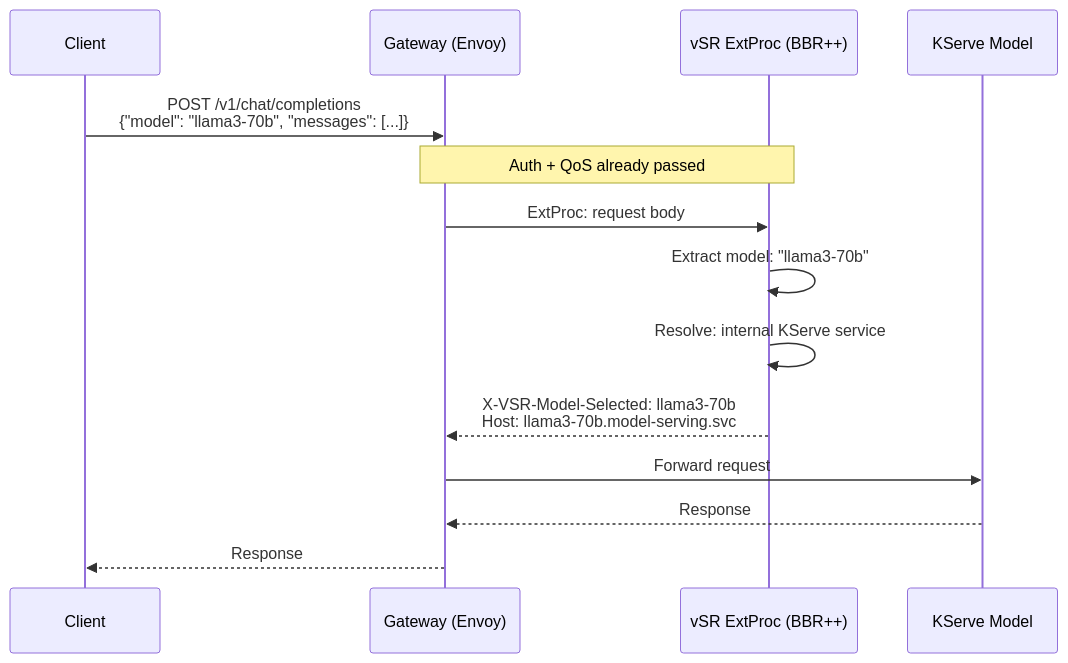
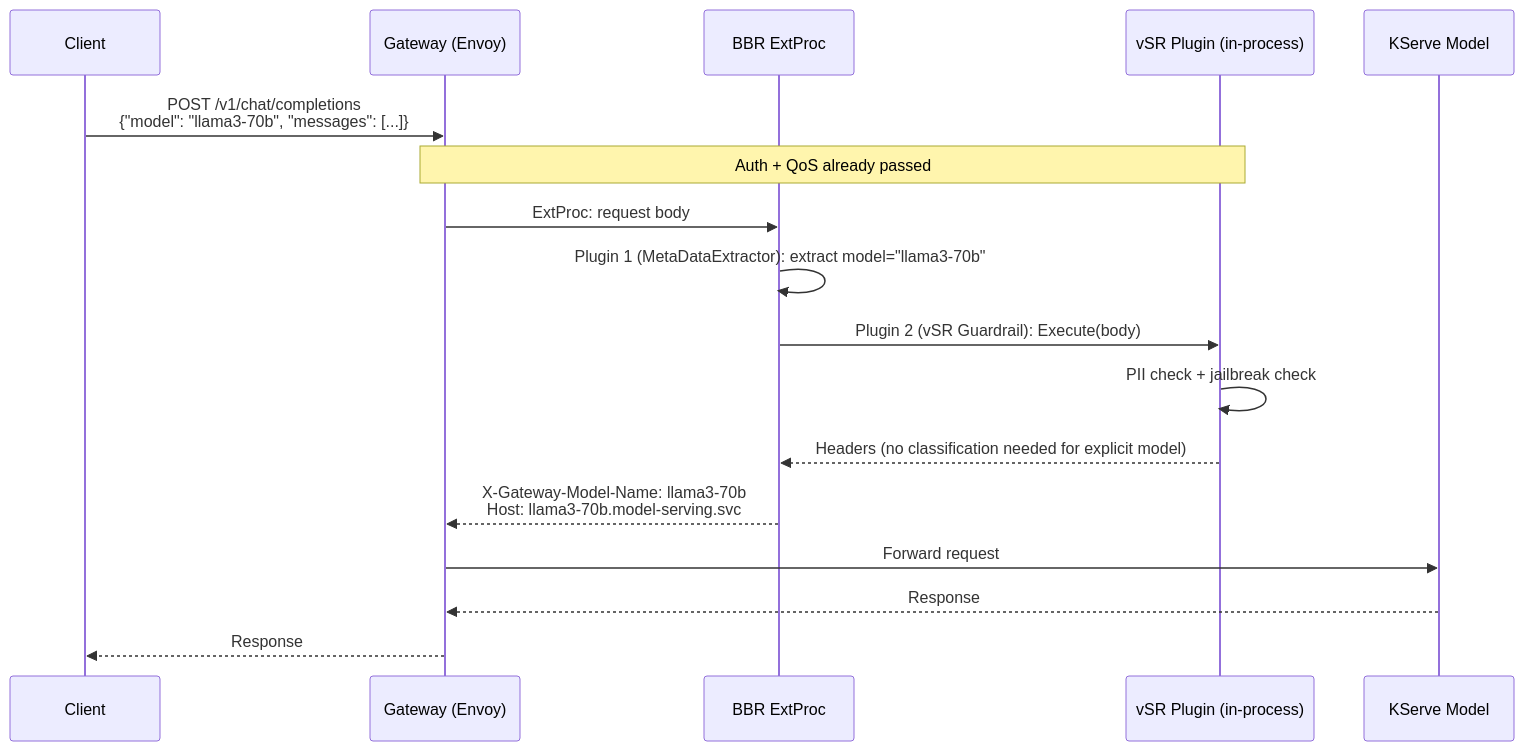
Before and after one commit to noyitz/maas-designs: the second of 2 diagrams in vsr-maas-integration/phase-1-design-v1.2.md, drawn with Mermaid. The commit also changed other lines of this file, not shown here.

````diff
--- a/vsr-maas-integration/phase-1-design-v1.2.md
+++ b/vsr-maas-integration/phase-1-design-v1.2.md
@@ -194,19 +219,22 @@
 ```mermaid
 sequenceDiagram
     participant Client
     participant Gateway as Gateway (Envoy)
-    participant vSR as vSR ExtProc (BBR++)
+    participant BBR as BBR ExtProc
+    participant vSRPlugin as vSR Plugin (in-process)
     participant KServe as KServe Model
 
     Client->>Gateway: POST /v1/chat/completions<br/>{"model": "llama3-70b", "messages": [...]}
 
-    Note over Gateway,vSR: Auth + QoS already passed
-    Gateway->>vSR: ExtProc: request body
-    vSR->>vSR: Extract model: "llama3-70b"
-    vSR->>vSR: Resolve: internal KServe service
-    vSR-->>Gateway: X-VSR-Model-Selected: llama3-70b<br/>Host: llama3-70b.model-serving.svc
+    Note over Gateway,vSRPlugin: Auth + QoS already passed
+    Gateway->>BBR: ExtProc: request body
+    BBR->>BBR: Plugin 1 (MetaDataExtractor): extract model="llama3-70b"
+    BBR->>vSRPlugin: Plugin 2 (vSR Guardrail): Execute(body)
+    vSRPlugin->>vSRPlugin: PII check + jailbreak check
+    vSRPlugin-->>BBR: Headers (no classification needed for explicit model)
+    BBR-->>Gateway: X-Gateway-Model-Name: llama3-70b<br/>Host: llama3-70b.model-serving.svc
 
     Gateway->>KServe: Forward request
     KServe-->>Gateway: Response
     Gateway-->>Client: Response
 ```
````
